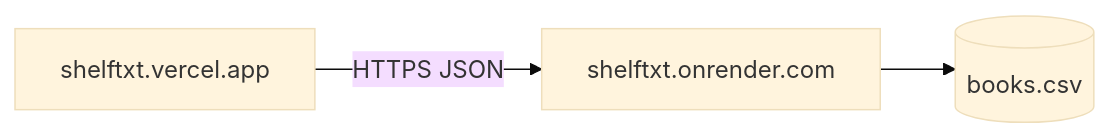
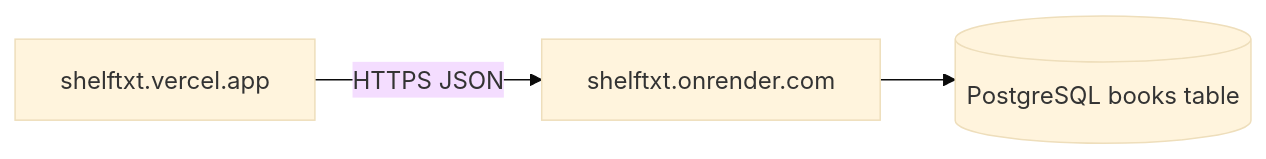
The first of 4 diagrams in docs/engineering/architecture.md (tranguyeenn/shelftxt), drawn with Mermaid (base theme) before and after one commit. The commit also changed other lines of this file and 16 other files, not shown here.

````diff
--- a/docs/engineering/architecture.md
+++ b/docs/engineering/architecture.md
@@ -25,9 +25,9 @@
 ```mermaid
 flowchart LR
   Browser[shelftxt.vercel.app]
   API[shelftxt.onrender.com]
-  CSV[(books.csv)]
+  DB[(PostgreSQL books table)]
 
   Browser -->|HTTPS JSON| API
-  API --> CSV
+  API --> DB
 ```
````
